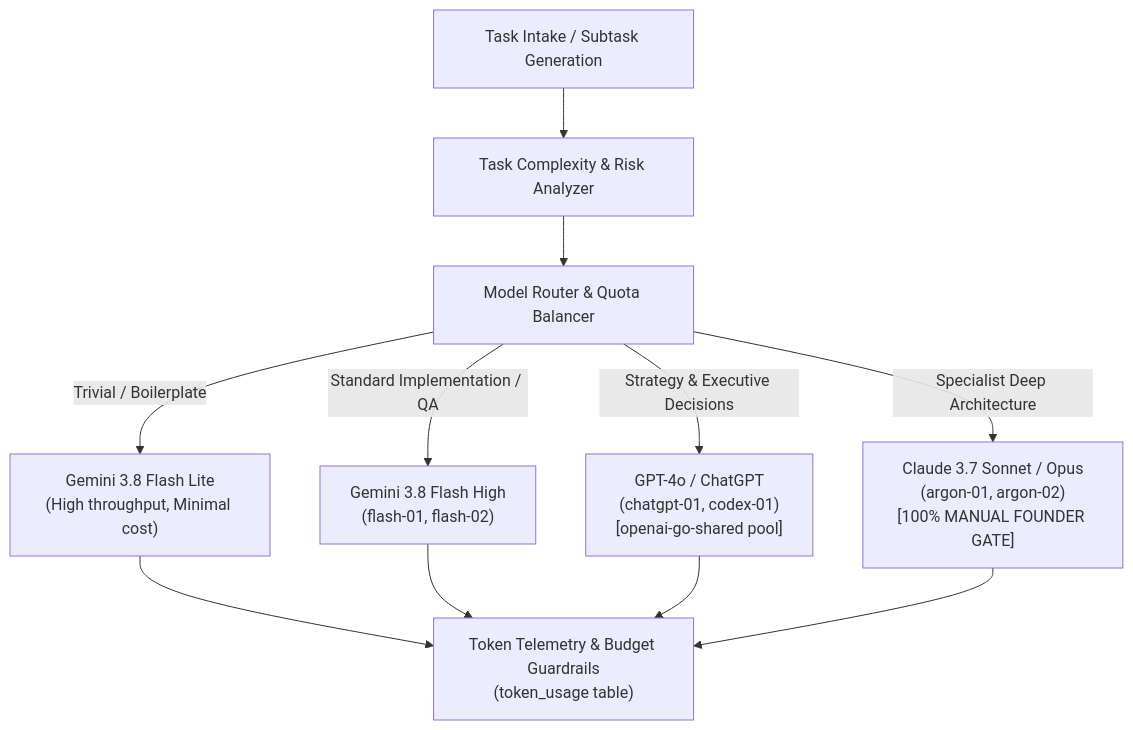
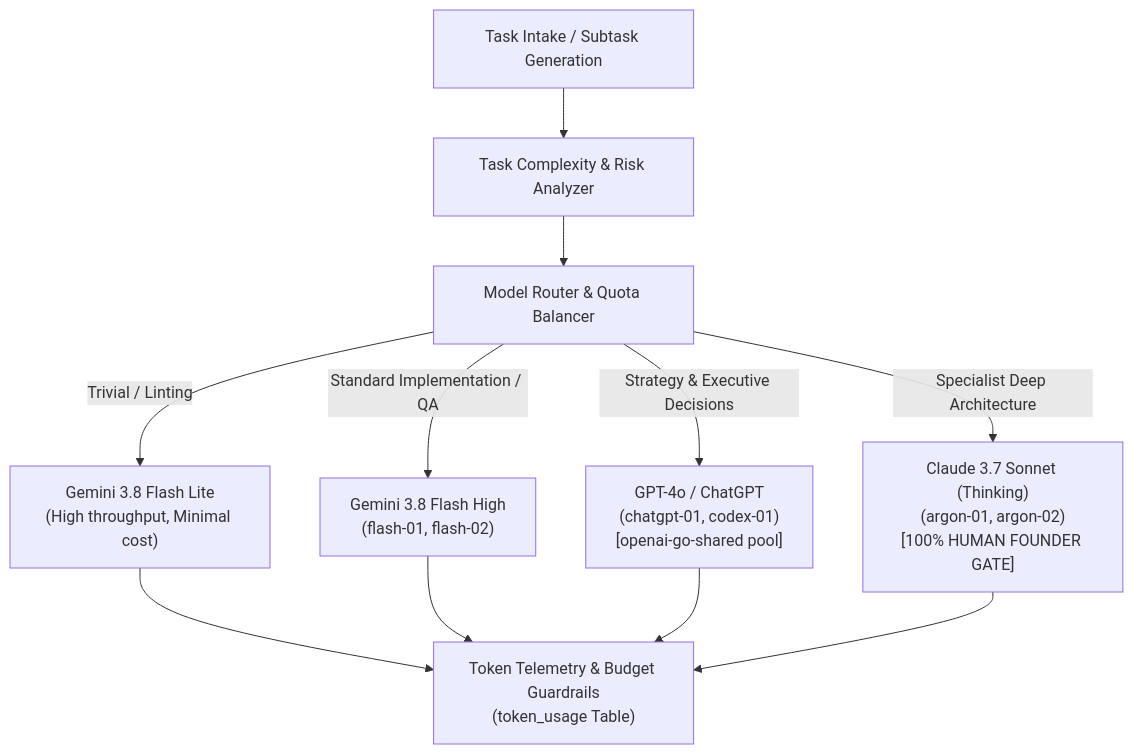
Before and after one commit to kietpro352010/AICO: the diagram in docs/blueprint/v3/09_MODEL_ROUTING_TOKEN_AND_COST_INTELLIGENCE.md, drawn with Mermaid. The commit also changed other lines of this file and 11 other files, not shown here.

````diff
--- a/docs/blueprint/v3/09_MODEL_ROUTING_TOKEN_AND_COST_INTELLIGENCE.md
+++ b/docs/blueprint/v3/09_MODEL_ROUTING_TOKEN_AND_COST_INTELLIGENCE.md
@@ -19,15 +18,15 @@
 ```mermaid
 flowchart TD
     Task["Task Intake / Subtask Generation"] --> Analyzer["Task Complexity & Risk Analyzer"]
     Analyzer --> Router["Model Router & Quota Balancer"]
 
-    Router -->|"Trivial / Boilerplate"| M1["Gemini 3.8 Flash Lite\n(High throughput, Minimal cost)"]
+    Router -->|"Trivial / Linting"| M1["Gemini 3.8 Flash Lite\n(High throughput, Minimal cost)"]
     Router -->|"Standard Implementation / QA"| M2["Gemini 3.8 Flash High\n(flash-01, flash-02)"]
     Router -->|"Strategy & Executive Decisions"| M3["GPT-4o / ChatGPT\n(chatgpt-01, codex-01)\n[openai-go-shared pool]"]
-    Router -->|"Specialist Deep Architecture"| M4["Claude 3.7 Sonnet / Opus\n(argon-01, argon-02)\n[100% MANUAL FOUNDER GATE]"]
+    Router -->|"Specialist Deep Architecture"| M4["Claude 3.7 Sonnet (Thinking)\n(argon-01, argon-02)\n[100% HUMAN FOUNDER GATE]"]
 
-    M1 --> Telemetry["Token Telemetry & Budget Guardrails\n(token_usage table)"]
+    M1 --> Telemetry["Token Telemetry & Budget Guardrails\n(token_usage Table)"]
     M2 --> Telemetry
     M3 --> Telemetry
     M4 --> Telemetry
 ```
````
